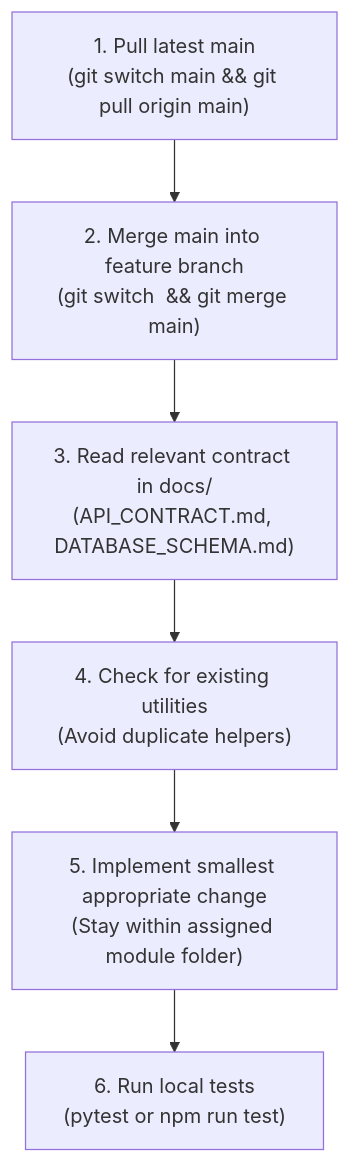
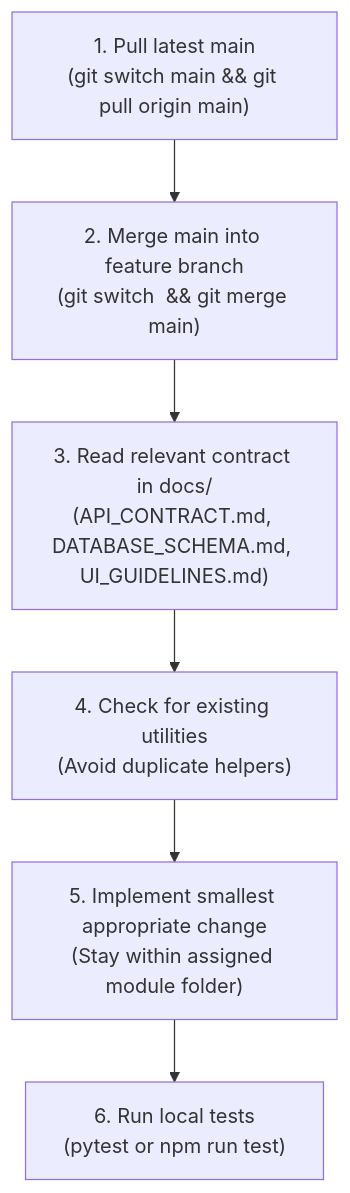
The second of 2 diagrams in docs/DEVELOPMENT_GUIDE.md (KShruti772/FoodSync-AI), drawn with Mermaid before and after one commit. The commit also changed other lines of this file and 18 other files, not shown here.

````diff
--- a/docs/DEVELOPMENT_GUIDE.md
+++ b/docs/DEVELOPMENT_GUIDE.md
@@ -218,8 +252,8 @@
 ```mermaid
 flowchart TD
     A["1. Pull latest main\n(git switch main && git pull origin main)"] --> B["2. Merge main into feature branch\n(git switch <branch> && git merge main)"]
-    B --> C["3. Read relevant contract in docs/\n(API_CONTRACT.md, DATABASE_SCHEMA.md)"]
+    B --> C["3. Read relevant contract in docs/\n(API_CONTRACT.md, DATABASE_SCHEMA.md, UI_GUIDELINES.md)"]
     C --> D["4. Check for existing utilities\n(Avoid duplicate helpers)"]
     D --> E["5. Implement smallest appropriate change\n(Stay within assigned module folder)"]
     E --> F["6. Run local tests\n(pytest or npm run test)"]
 ```
````
